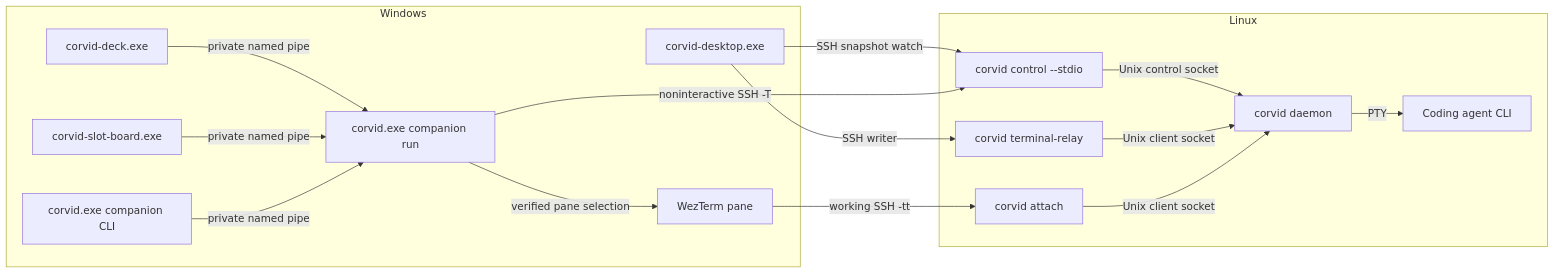
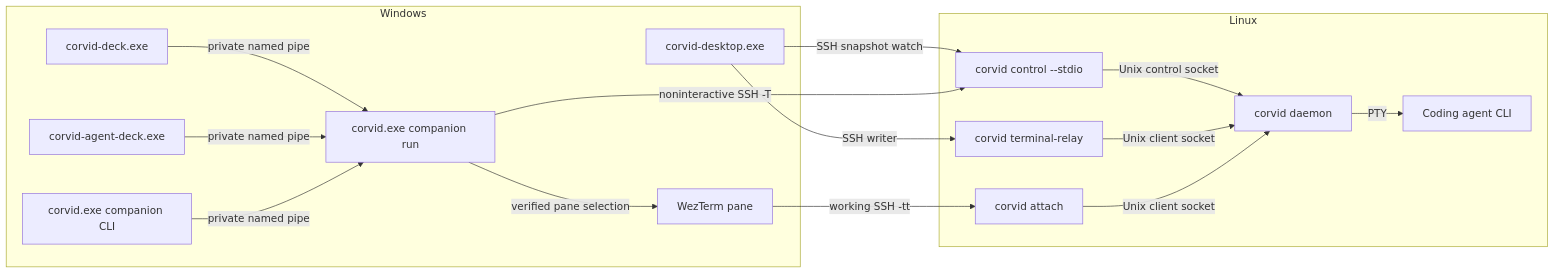
One commit to DosangGu/corvid changed the diagram in docs/04_companion.md. Above: the diagram before and after it, drawn with Mermaid. The commit also changed other lines of this file and 66 other files, not shown here.

Commit message:
feat: consolidate Agent Deck with background notifications and queued slots

````diff
--- a/docs/04_companion.md
+++ b/docs/04_companion.md
@@ -248,30 +248,30 @@
 ```mermaid
 flowchart LR
     subgraph Windows
         Desktop["corvid-desktop.exe"]
         Deck["corvid-deck.exe"]
-        Board["corvid-slot-board.exe"]
+        Board["corvid-agent-deck.exe"]
         CLI["corvid.exe companion CLI"]
         Companion["corvid.exe companion run"]
         WezTerm["WezTerm pane"]
         Deck -->|"private named pipe"| Companion
         Board -->|"private named pipe"| Companion
         CLI -->|"private named pipe"| Companion
         Companion -->|"verified pane selection"| WezTerm
     end
     subgraph Linux
         WriterRelay["corvid terminal-relay"]
         Relay["corvid control --stdio"]
         TUI["corvid attach"]
         Daemon["corvid daemon"]
         Agent["Coding agent CLI"]
         Relay -->|"Unix control socket"| Daemon
         WriterRelay -->|"Unix client socket"| Daemon
         TUI -->|"Unix client socket"| Daemon
         Daemon -->|"PTY"| Agent
     end
     Desktop -->|"SSH writer"| WriterRelay
     Desktop -->|"SSH snapshot watch"| Relay
     Companion -->|"noninteractive SSH -T"| Relay
     WezTerm -->|"working SSH -tt"| TUI
 ```
````
